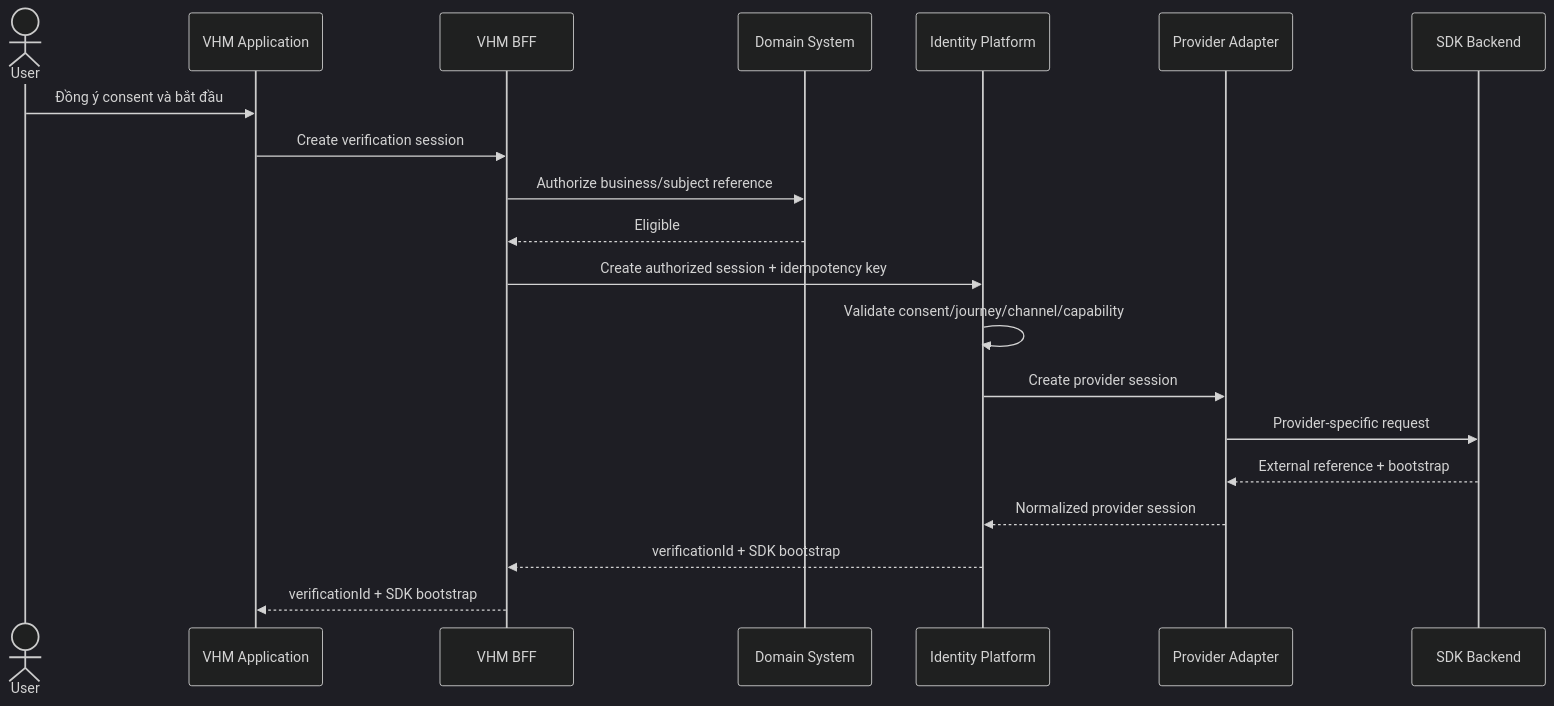
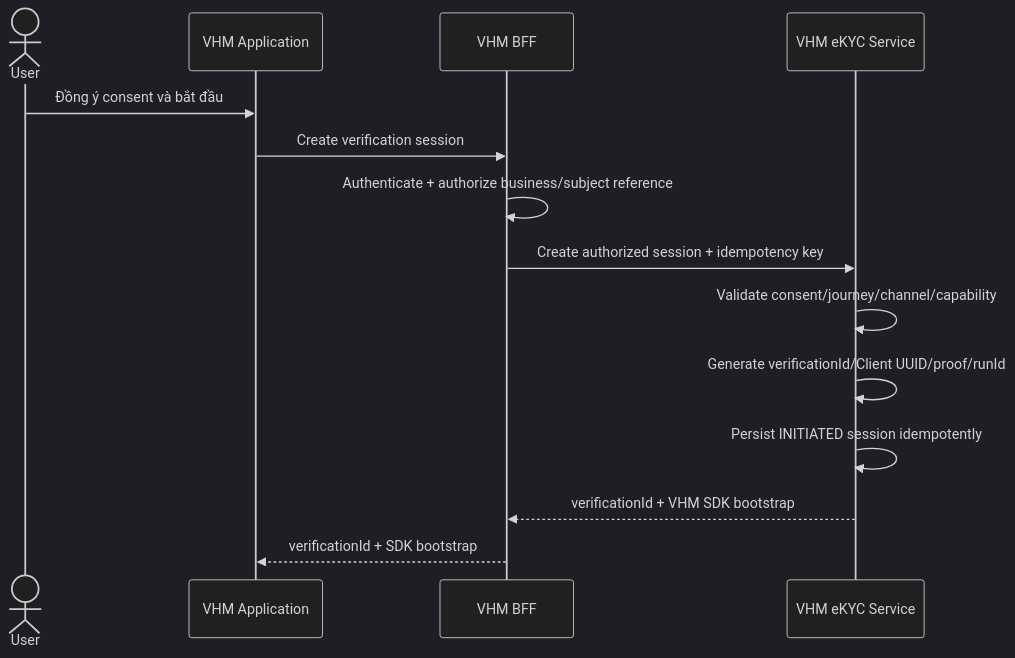
One commit to huynv-xyz/vhm changed the tenth of 18 diagrams in tdd2.md. Above: the diagram before and after it, drawn with Mermaid (dark theme). The commit also changed other lines of this file, not shown here.

````diff
--- a/tdd2.md
+++ b/tdd2.md
@@ -1497,22 +1122,16 @@
 ```mermaid
 sequenceDiagram
     actor User
     participant APP as VHM Application
     participant BFF as VHM BFF
-    participant DOMAIN as Domain System
-    participant IV as Identity Platform
-    participant ADAPTER as Provider Adapter
-    participant BACKEND as SDK Backend
+    participant EKYC_SERVICE as VHM eKYC Service
     User->>APP: Đồng ý consent và bắt đầu
     APP->>BFF: Create verification session
-    BFF->>DOMAIN: Authorize business/subject reference
-    DOMAIN-->>BFF: Eligible
-    BFF->>IV: Create authorized session + idempotency key
-    IV->>IV: Validate consent/journey/channel/capability
-    IV->>ADAPTER: Create provider session
-    ADAPTER->>BACKEND: Provider-specific request
-    BACKEND-->>ADAPTER: External reference + bootstrap
-    ADAPTER-->>IV: Normalized provider session
-    IV-->>BFF: verificationId + SDK bootstrap
+    BFF->>BFF: Authenticate + authorize business/subject reference
+    BFF->>EKYC_SERVICE: Create authorized session + idempotency key
+    EKYC_SERVICE->>EKYC_SERVICE: Validate consent/journey/channel/capability
+    EKYC_SERVICE->>EKYC_SERVICE: Generate verificationId/Client UUID/proof/runId
+    EKYC_SERVICE->>EKYC_SERVICE: Persist INITIATED session idempotently
+    EKYC_SERVICE-->>BFF: verificationId + VHM SDK bootstrap
     BFF-->>APP: verificationId + SDK bootstrap
 ```
````
